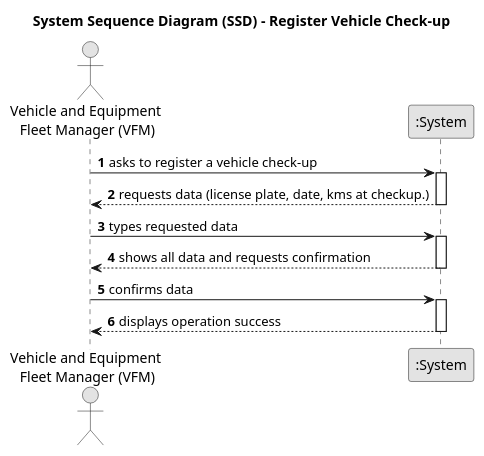
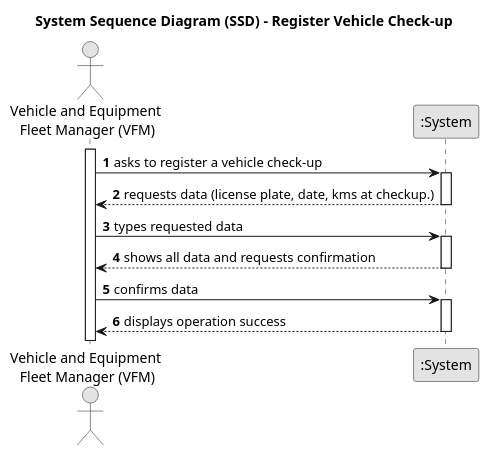
One commit to Departamento-de-Engenharia-Informatica/lei-24-s2-1db-g022 changed the diagram in docs/sprintA/us07/01.requirements-engineering/puml/us07-system-sequence-diagram-register-vehicle-check-up.puml. Above: the diagram before and after it, drawn with PlantUML.

Commit message:
us07 - sequence diagram rectification

```diff
--- a/docs/sprintA/us07/01.requirements-engineering/puml/us07-system-sequence-diagram-register-vehicle-check-up.puml
+++ b/docs/sprintA/us07/01.requirements-engineering/puml/us07-system-sequence-diagram-register-vehicle-check-up.puml
@@ -1,31 +1,32 @@
 @startuml
 skinparam monochrome true
 skinparam packageStyle rectangle
 skinparam shadowing false
 
 title System Sequence Diagram (SSD) - Register Vehicle Check-up
 
 autonumber
 
 actor "Vehicle and Equipment \nFleet Manager (VFM)" as VFM
 participant ":System" as System
+activate VFM
 
     VFM -> System : asks to register a vehicle check-up
     activate System
 
         System --> VFM : requests data (license plate, date, kms at checkup.)
     deactivate System
 
     VFM -> System : types requested data
     activate System
 
        System --> VFM : shows all data and requests confirmation
     deactivate System
 
     VFM -> System : confirms data
     activate System
 
         System --> VFM : displays operation success
     deactivate System
 
 @enduml
```
